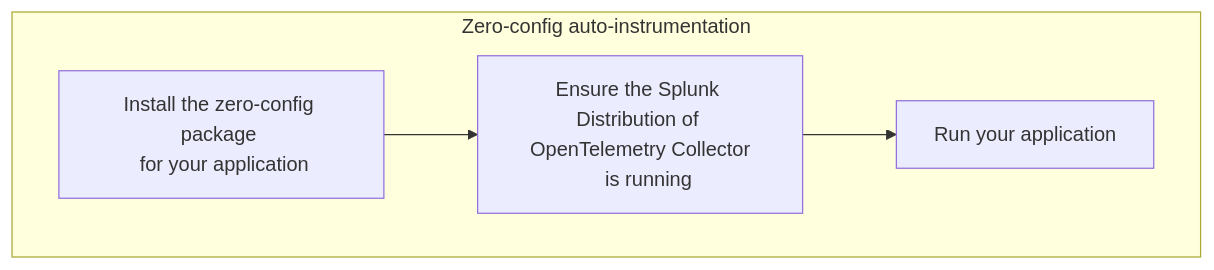
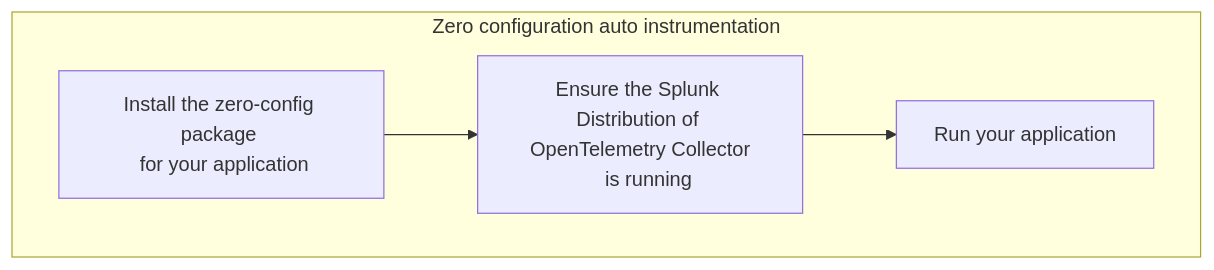
The second of 2 diagrams in gdi/opentelemetry/zero-config.rst (splunk/public-o11y-docs), drawn with Mermaid before and after one commit. The commit also changed other lines of this file, not shown here.

Commit message:
edits to zero config diagram

```diff
--- a/gdi/opentelemetry/zero-config.rst
+++ b/gdi/opentelemetry/zero-config.rst
@@ -39,11 +39,11 @@
 .. mermaid::
 
    flowchart TB
-      subgraph "Zero-config auto-instrumentation"
+      subgraph "Zero configuration auto instrumentation"
       X["Install the zero-config package \n for your application"]
       Y["Ensure the Splunk Distribution of \nOpenTelemetry Collector
       is running"]
       Z["Run your application"]
       
       X --> Y --> Z
       end
```
